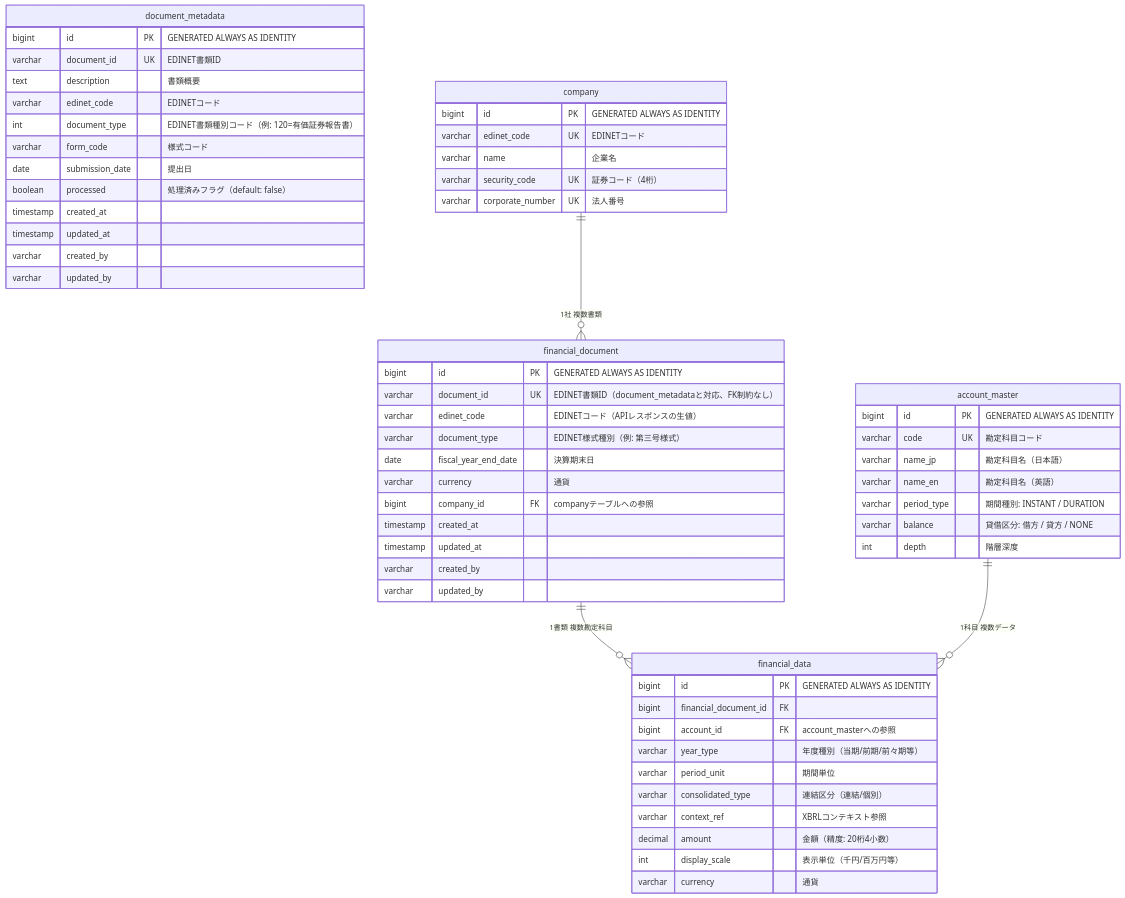
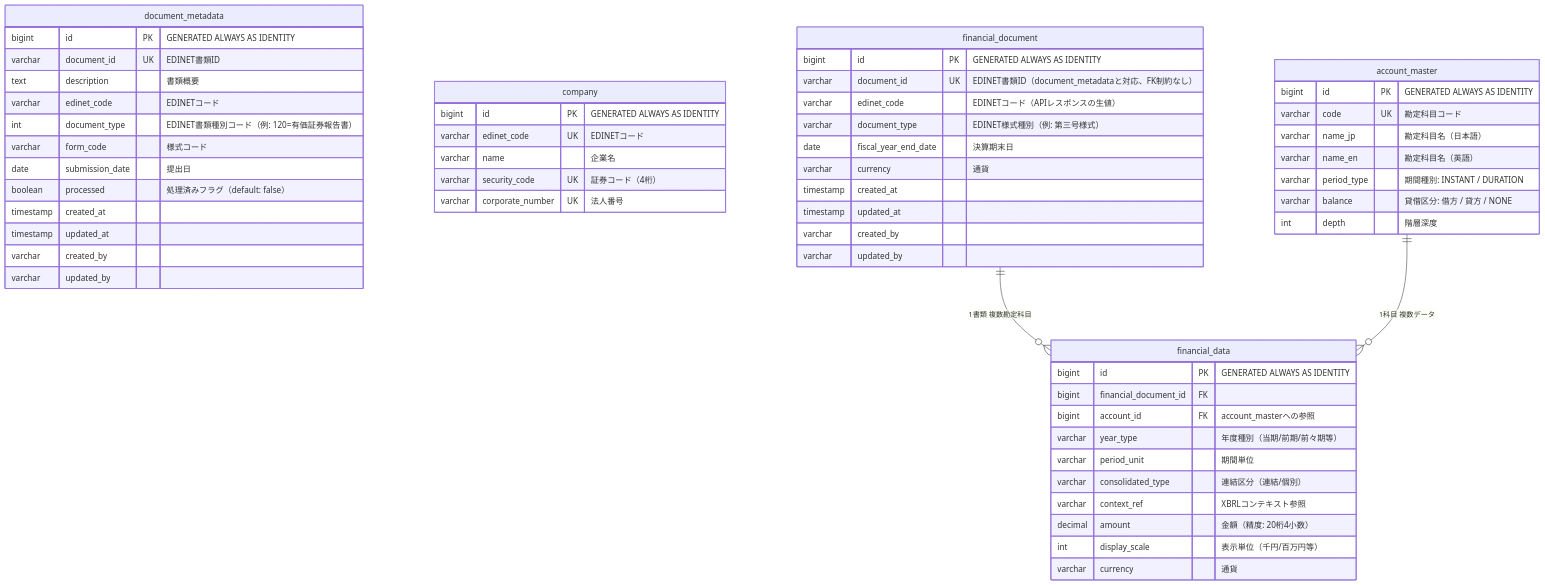
Before and after one commit to kenichi04/financial-data-app: the first of 2 diagrams in backend/docs/er_diagram.md, drawn with Mermaid. The commit also changed other lines of this file and 6 other files, not shown here.

````diff
--- a/backend/docs/er_diagram.md
+++ b/backend/docs/er_diagram.md
@@ -36,67 +36,65 @@
 ```mermaid
 erDiagram
 
     document_metadata {
         bigint      id                  PK  "GENERATED ALWAYS AS IDENTITY"
         varchar     document_id         UK  "EDINET書類ID"
         text        description             "書類概要"
         varchar     edinet_code             "EDINETコード"
         int         document_type           "EDINET書類種別コード（例: 120=有価証券報告書）"
         varchar     form_code               "様式コード"
         date        submission_date         "提出日"
         boolean     processed               "処理済みフラグ（default: false）"
         timestamp   created_at
         timestamp   updated_at
         varchar     created_by
         varchar     updated_by
     }
 
     company {
         bigint      id                  PK  "GENERATED ALWAYS AS IDENTITY"
         varchar     edinet_code         UK  "EDINETコード"
         varchar     name                    "企業名"
         varchar     security_code       UK  "証券コード（4桁）"
         varchar     corporate_number    UK  "法人番号"
     }
 
     account_master {
         bigint      id                  PK  "GENERATED ALWAYS AS IDENTITY"
         varchar     code                UK  "勘定科目コード"
         varchar     name_jp                 "勘定科目名（日本語）"
         varchar     name_en                 "勘定科目名（英語）"
         varchar     period_type             "期間種別: INSTANT / DURATION"
         varchar     balance                 "貸借区分: 借方 / 貸方 / NONE"
         int         depth                   "階層深度"
     }
 
     financial_document {
         bigint      id                  PK  "GENERATED ALWAYS AS IDENTITY"
         varchar     document_id         UK  "EDINET書類ID（document_metadataと対応、FK制約なし）"
         varchar     edinet_code             "EDINETコード（APIレスポンスの生値）"
         varchar     document_type           "EDINET様式種別（例: 第三号様式）"
         date        fiscal_year_end_date    "決算期末日"
         varchar     currency                "通貨"
-        bigint      company_id          FK  "companyテーブルへの参照"
         timestamp   created_at
         timestamp   updated_at
         varchar     created_by
         varchar     updated_by
     }
 
     financial_data {
         bigint      id                      PK  "GENERATED ALWAYS AS IDENTITY"
         bigint      financial_document_id   FK
         bigint      account_id              FK  "account_masterへの参照"
         varchar     year_type                   "年度種別（当期/前期/前々期等）"
         varchar     period_unit                 "期間単位"
         varchar     consolidated_type           "連結区分（連結/個別）"
         varchar     context_ref                 "XBRLコンテキスト参照"
         decimal     amount                      "金額（精度: 20桁4小数）"
         int         display_scale               "表示単位（千円/百万円等）"
         varchar     currency                    "通貨"
     }
 
-    company               ||--o{ financial_document : "1社 複数書類"
     financial_document    ||--o{ financial_data      : "1書類 複数勘定科目"
     account_master        ||--o{ financial_data      : "1科目 複数データ"
 ```
````
